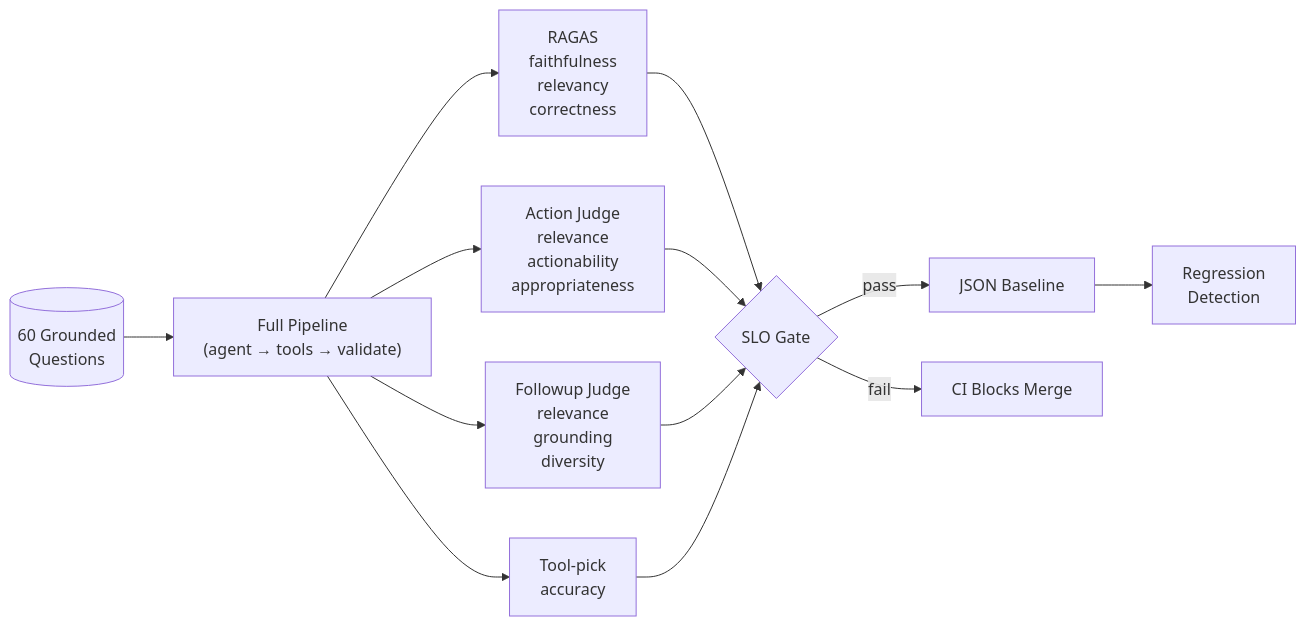
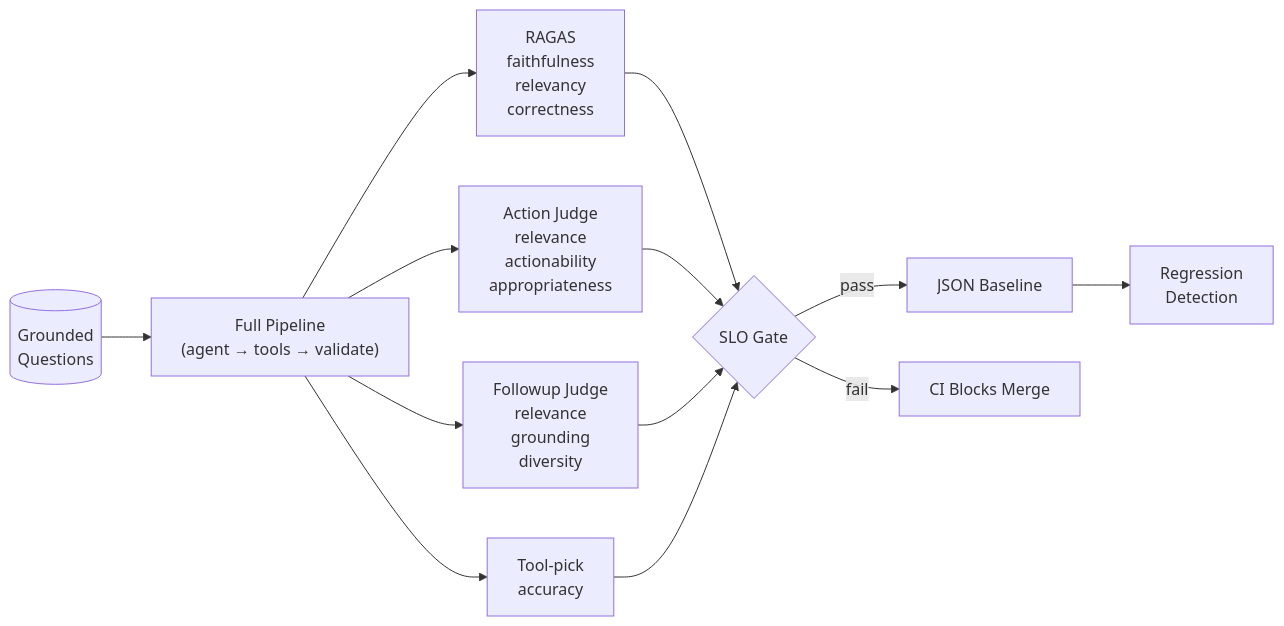
Before and after one commit to sazzad-kamal/crm-agentic-mcp-engine: the fifth of 5 diagrams in README.md, drawn with Mermaid. The commit also changed other lines of this file, not shown here.

````diff
--- a/README.md
+++ b/README.md
@@ -191,15 +190,15 @@
 ```mermaid
 flowchart LR
-    Q[("60 Grounded<br/>Questions")] --> PIPE["Full Pipeline<br/>(agent → tools → validate)"]
+    Q[("Grounded<br/>Questions")] --> PIPE["Full Pipeline<br/>(agent → tools → validate)"]
     PIPE --> RAGAS["RAGAS<br/>faithfulness<br/>relevancy<br/>correctness"]
     PIPE --> AJ["Action Judge<br/>relevance<br/>actionability<br/>appropriateness"]
     PIPE --> FJ["Followup Judge<br/>relevance<br/>grounding<br/>diversity"]
     PIPE --> TP["Tool-pick<br/>accuracy"]
     RAGAS --> SLO{"SLO Gate"}
     AJ --> SLO
     FJ --> SLO
     TP --> SLO
     SLO -->|pass| JSON["JSON Baseline"]
     SLO -->|fail| CI["CI Blocks Merge"]
     JSON --> REG["Regression<br/>Detection"]
 ```
````
